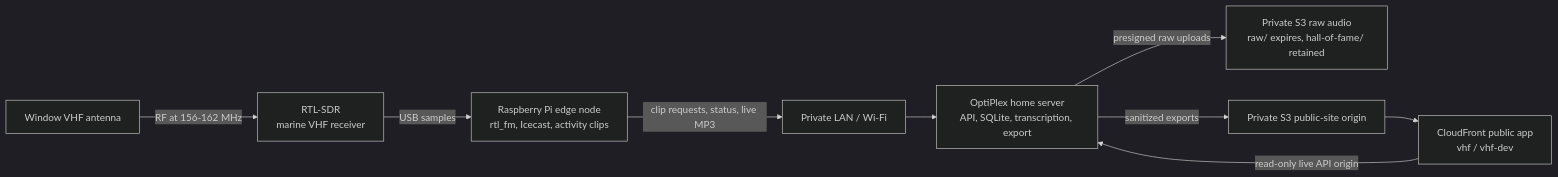
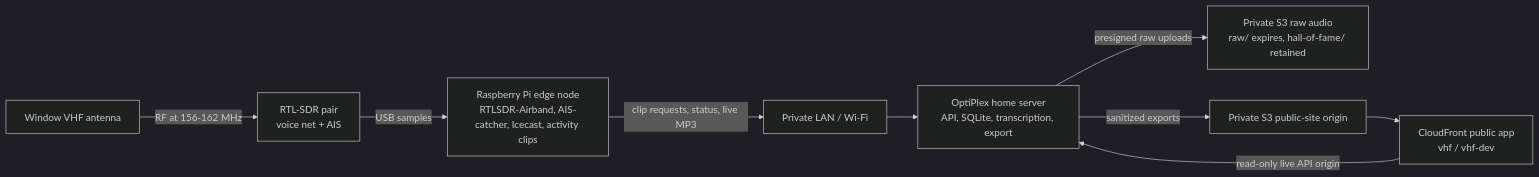
Before and after one commit to boscacci/vhf-seattle: the diagram in docs/hardware-guide.md, drawn with Mermaid (dark theme). The commit also changed other lines of this file and 44 other files, not shown here.

````diff
--- a/docs/hardware-guide.md
+++ b/docs/hardware-guide.md
@@ -10,20 +10,20 @@
 ```mermaid
 flowchart LR
   antenna["Window VHF antenna"]
-  sdr["RTL-SDR<br/>marine VHF receiver"]
-  pi["Raspberry Pi edge node<br/>rtl_fm, Icecast, activity clips"]
+  sdr["RTL-SDR pair<br/>voice net + AIS"]
+  pi["Raspberry Pi edge node<br/>RTLSDR-Airband, AIS-catcher, Icecast, activity clips"]
   lan["Private LAN / Wi-Fi"]
   optiplex["OptiPlex home server<br/>API, SQLite, transcription, export"]
   s3raw["Private S3 raw audio<br/>raw/ expires, hall-of-fame/ retained"]
   s3site["Private S3 public-site origin"]
   public["CloudFront public app<br/>vhf / vhf-dev"]
 
   antenna -->|RF at 156-162 MHz| sdr
   sdr -->|USB samples| pi
   pi -->|clip requests, status, live MP3| lan
   lan --> optiplex
   optiplex -->|presigned raw uploads| s3raw
   optiplex -->|sanitized exports| s3site
   s3site --> public
   public -->|read-only live API origin| optiplex
 ```
````
